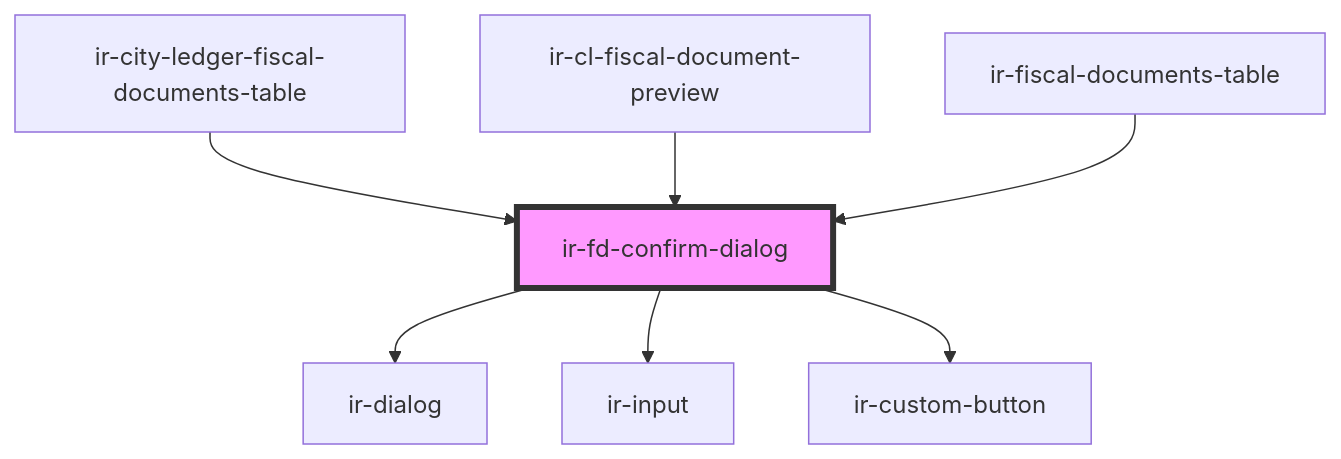
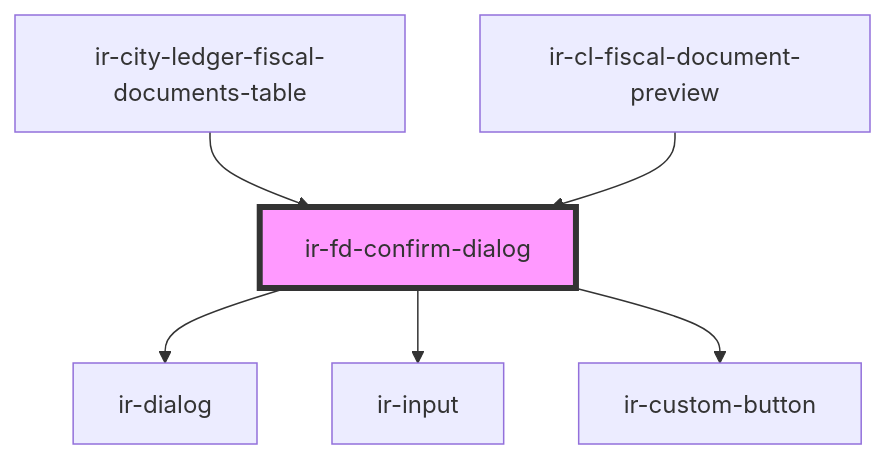
Before and after one commit to RonyRizk/ir-webcmp: the diagram in src/components/ir-city-ledger/ir-city-ledger-fiscal-documents/ir-city-ledger-fiscal-documents-table/ir-fd-confirm-dialog/readme.md, drawn with Mermaid. The commit also changed other lines of this file and 115 other files, not shown here.

````diff
--- a/src/components/ir-city-ledger/ir-city-ledger-fiscal-documents/ir-city-ledger-fiscal-documents-table/ir-fd-confirm-dialog/readme.md
+++ b/src/components/ir-city-ledger/ir-city-ledger-fiscal-documents/ir-city-ledger-fiscal-documents-table/ir-fd-confirm-dialog/readme.md
@@ -43,10 +42,9 @@
 ```mermaid
 graph TD;
   ir-fd-confirm-dialog --> ir-dialog
   ir-fd-confirm-dialog --> ir-input
   ir-fd-confirm-dialog --> ir-custom-button
   ir-city-ledger-fiscal-documents-table --> ir-fd-confirm-dialog
   ir-cl-fiscal-document-preview --> ir-fd-confirm-dialog
-  ir-fiscal-documents-table --> ir-fd-confirm-dialog
   style ir-fd-confirm-dialog fill:#f9f,stroke:#333,stroke-width:4px
 ```
````
